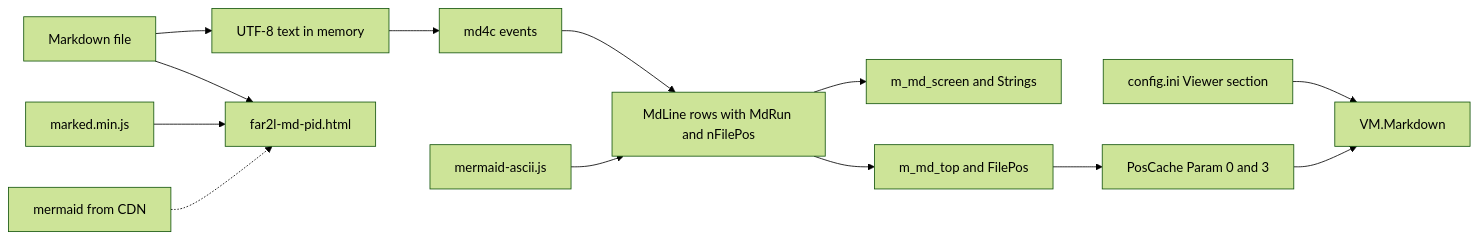
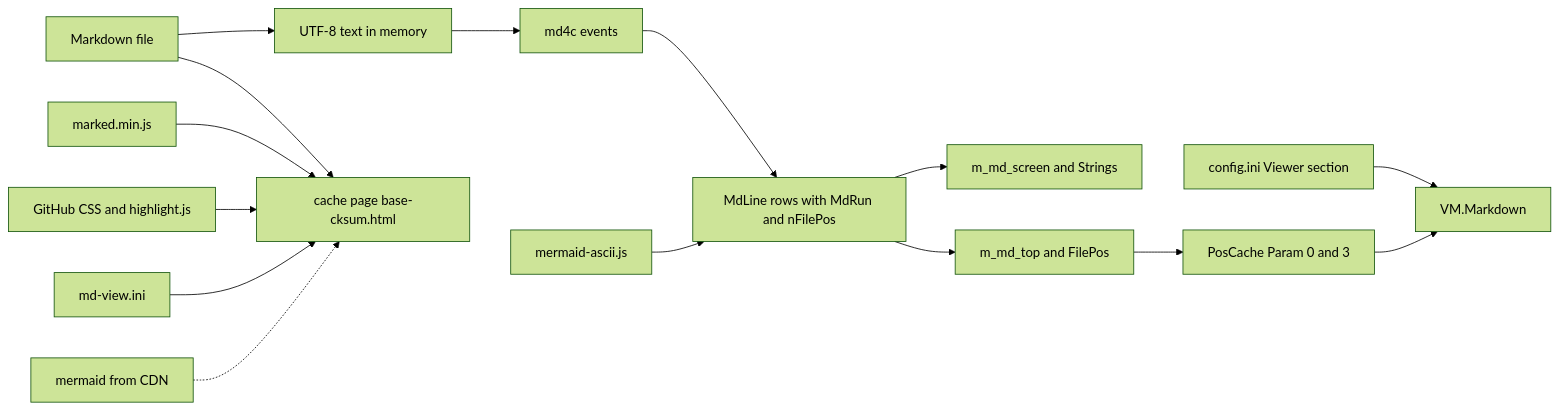
One commit to slava-kudzinau/far2l changed the diagram in docs/architecture/features/markdown/markdown.data.md. Above: the diagram before and after it, drawn with Mermaid (forest theme). The commit also changed other lines of this file and 8 other files, not shown here.

````diff
--- a/docs/architecture/features/markdown/markdown.data.md
+++ b/docs/architecture/features/markdown/markdown.data.md
@@ -14,15 +14,17 @@
 ```mermaid
 flowchart LR
   file["Markdown file"] --> text["UTF-8 text in memory"]
   text --> md4c["md4c events"]
   md4c --> lines["MdLine rows with MdRun and nFilePos"]
   bundle["mermaid-ascii.js"] --> lines
   lines --> screen["m_md_screen and Strings"]
   lines --> top["m_md_top and FilePos"]
   top --> cache["PosCache Param 0 and 3"]
   settings["config.ini Viewer section"] --> mode["VM.Markdown"]
   cache --> mode
-  file --> page["far2l-md-pid.html"]
+  file --> page["cache page base-cksum.html"]
   marked["marked.min.js"] --> page
+  vend["GitHub CSS and highlight.js"] --> page
+  ini["md-view.ini"] --> page
   cdn["mermaid from CDN"] -.-> page
 ```
````
